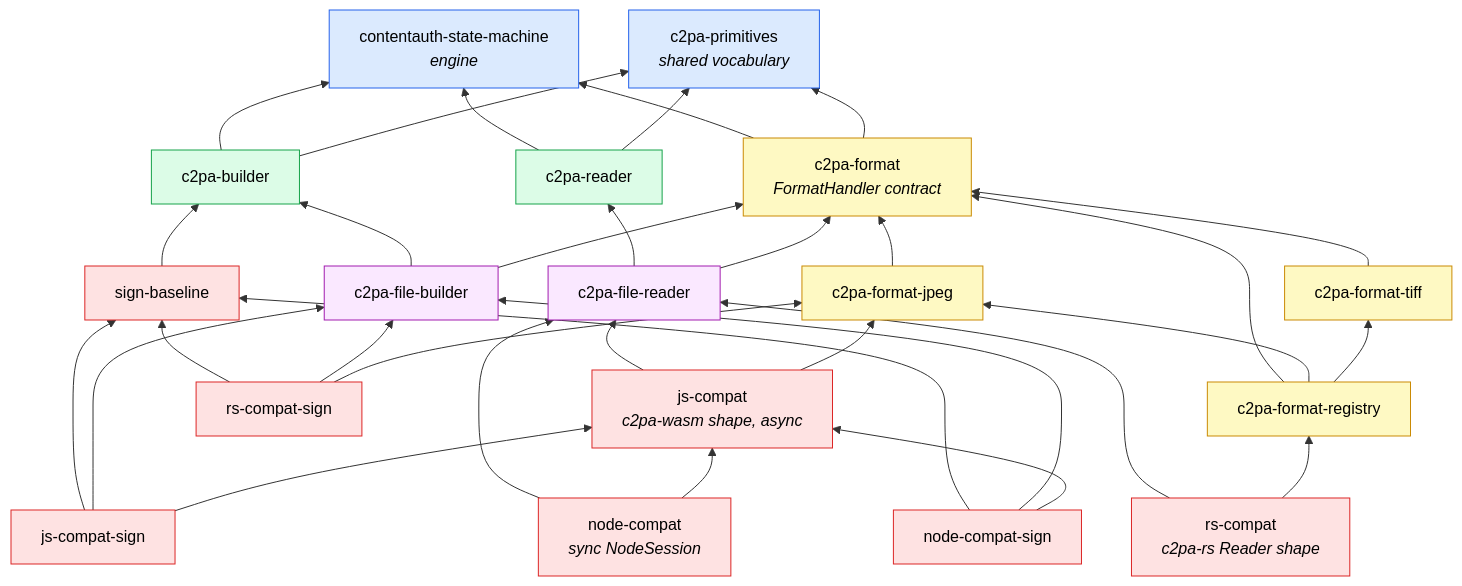
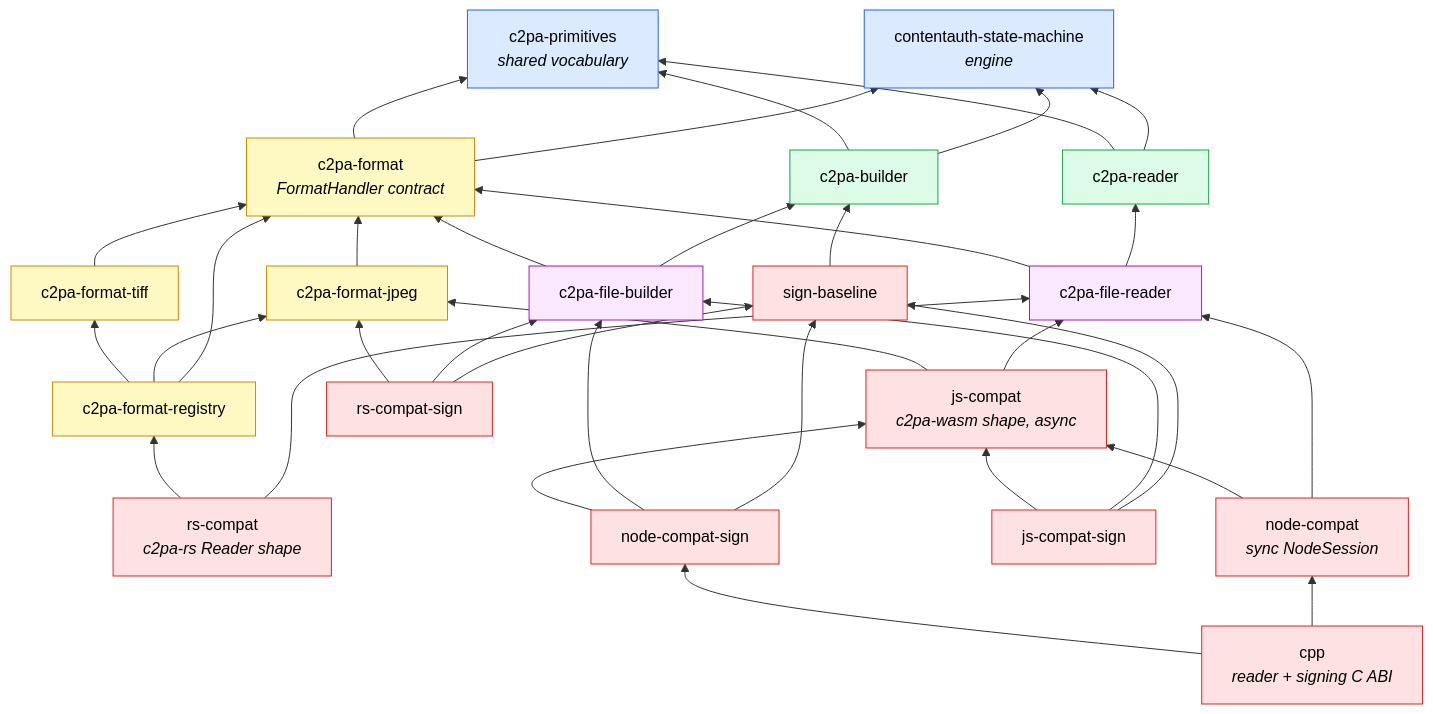
One commit to scouten/state-machine-experiment changed the first of 2 diagrams in docs/walkthrough/02-architecture.md. Above: the diagram before and after it, drawn with Mermaid. The commit also changed other lines of this file and 10 other files, not shown here.

First line of the commit message:
feat(cpp): implement phase-two signing ABI and tests

````diff
--- a/docs/walkthrough/02-architecture.md
+++ b/docs/walkthrough/02-architecture.md
@@ -11,52 +11,54 @@
 ```mermaid
 flowchart BT
     SM["contentauth-state-machine<br/><i>engine</i>"]
     PR["c2pa-primitives<br/><i>shared vocabulary</i>"]
 
     RD["c2pa-reader"]
     BD["c2pa-builder"]
     FM["c2pa-format<br/><i>FormatHandler contract</i>"]
 
     JP["c2pa-format-jpeg"]
     TF["c2pa-format-tiff"]
     RG["c2pa-format-registry"]
 
     FR["c2pa-file-reader"]
     FB["c2pa-file-builder"]
 
     RSC["rs-compat<br/><i>c2pa-rs Reader shape</i>"]
     JSC["js-compat<br/><i>c2pa-wasm shape, async</i>"]
     NDC["node-compat<br/><i>sync NodeSession</i>"]
+    CPP["cpp<br/><i>reader + signing C ABI</i>"]
 
     SB["sign-baseline"]
     RSS["rs-compat-sign"]
     JSS["js-compat-sign"]
     NDS["node-compat-sign"]
 
     RD --> SM & PR
     BD --> SM & PR
     FM --> SM & PR
     JP --> FM
     TF --> FM
     RG --> FM & JP & TF
     FR --> RD & FM
     FB --> BD & FM
     RSC --> FR & RG
     JSC --> FR & JP
     NDC --> FR & JSC
     SB --> BD
     RSS --> SB & FB & JP
     JSS --> SB & FB & JSC
     NDS --> SB & FB & JSC
+    CPP --> NDC & NDS
 
     classDef engine fill:#dbeafe,stroke:#2563eb,color:#000
     classDef core fill:#dcfce7,stroke:#16a34a,color:#000
     classDef fmt fill:#fef9c3,stroke:#ca8a04,color:#000
     classDef glue fill:#fae8ff,stroke:#a21caf,color:#000
     classDef bind fill:#fee2e2,stroke:#dc2626,color:#000
     class SM,PR engine
     class RD,BD core
     class FM,JP,TF,RG fmt
     class FR,FB glue
-    class RSC,JSC,NDC,SB,RSS,JSS,NDS bind
+    class RSC,JSC,NDC,CPP,SB,RSS,JSS,NDS bind
 ```
````
